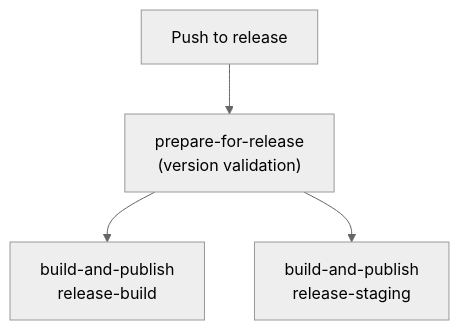
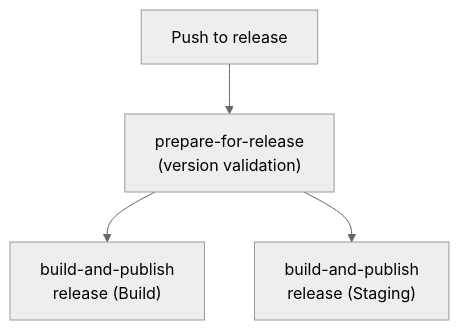
One commit to govuk-one-login/mobile-android-one-login-app changed the fourth of 4 diagrams in README.md. Above: the diagram before and after it, drawn with Mermaid (neutral theme). The commit also changed other lines of this file, not shown here.

````diff
--- a/README.md
+++ b/README.md
@@ -100,7 +102,7 @@
 ```mermaid
 flowchart TD
     A["Push to release"] --> B["prepare-for-release\n(version validation)"]
 
-    B --> C["build-and-publish\nrelease-build"]
-    B --> D["build-and-publish\nrelease-staging"]
+    B --> C["build-and-publish\nrelease (Build)"]
+    B --> D["build-and-publish\nrelease (Staging)"]
 ```
````
